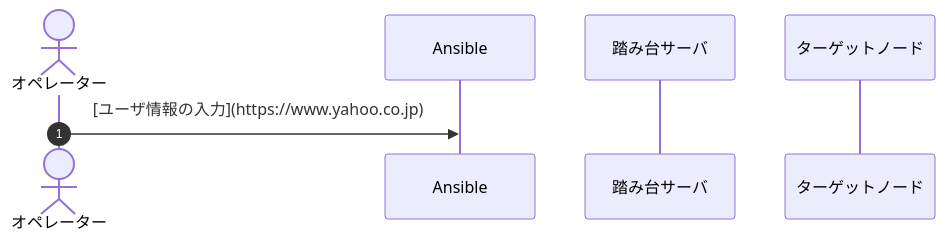
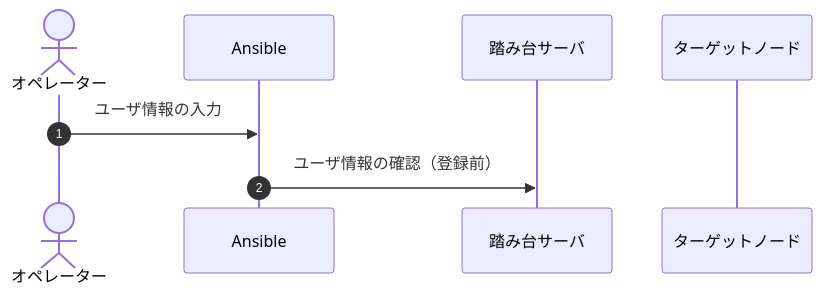
Before and after one commit to panda-git-hub/handbook: the diagram in hoge.md, drawn with Mermaid.

````diff
--- a/hoge.md
+++ b/hoge.md
@@ -6,10 +6,14 @@
 ```mermaid
 sequenceDiagram
   autonumber
   actor A as オペレーター
   participant B as Ansible
   participant C as 踏み台サーバ
   participant D as ターゲットノード
 
-  A->>B: [ユーザ情報の入力](https://www.yahoo.co.jp)
+  A->>B: ユーザ情報の入力
+  B->>C: ユーザ情報の確認（登録前）
+　
+
+
 ```
````
